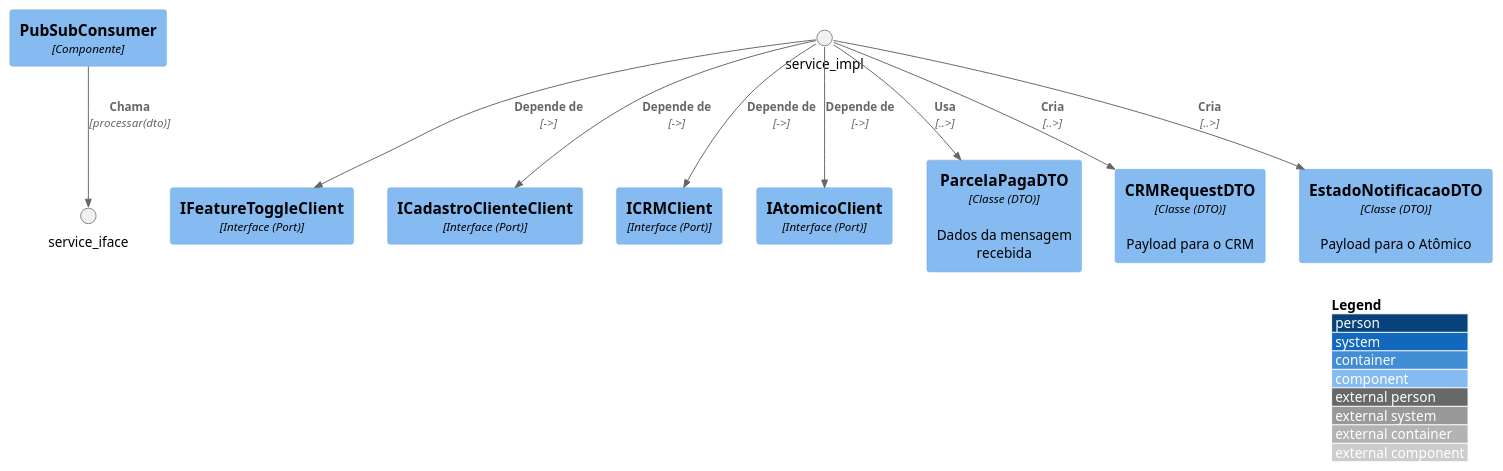
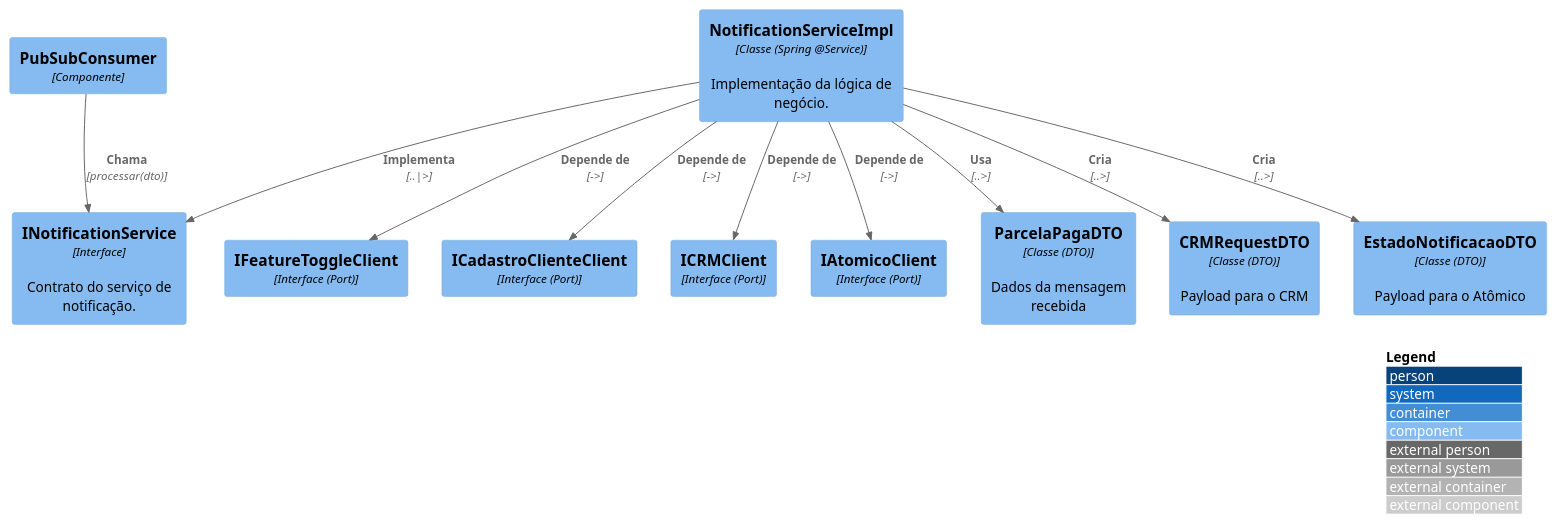
Before and after one commit to FabianoSilveira2017/desafio-final-api-clientes: the diagram in relatorio_c4_n4.puml, drawn with PlantUML. The commit also changed 1 other file, not shown here.

Commit message:
Correção diagrama nível 4

```diff
--- a/relatorio_c4_n4.puml
+++ b/relatorio_c4_n4.puml
@@ -1,35 +1,35 @@
 @startuml C4_Codigo_NotificationService
 !include https://raw.githubusercontent.com/plantuml-stdlib/C4-PlantUML/master/C4_Component.puml
 
 LAYOUT_WITH_LEGEND()
 
 ' Componentes/Classes Externas (outros componentes do L3)
 Component(consumer, "PubSubConsumer", "Componente")
 
 ' Interfaces (Portas) para os adaptadores externos
 Component(ft_port, "IFeatureToggleClient", "Interface (Port)")
 Component(cadastro_port, "ICadastroClienteClient", "Interface (Port)")
 Component(crm_port, "ICRMClient", "Interface (Port)")
 Component(atomico_port, "IAtomicoClient", "Interface (Port)")
 
 ' DTOs (Data Transfer Objects)
 Component(dto_in, "ParcelaPagaDTO", "Classe (DTO)", "Dados da mensagem recebida")
 Component(dto_out_crm, "CRMRequestDTO", "Classe (DTO)", "Payload para o CRM")
 Component(dto_out_atomico, "EstadoNotificacaoDTO", "Classe (DTO)", "Payload para o Atômico")
 
+' Componentes do Serviço
+Component(service_iface, "INotificationService", "Interface", "Contrato do serviço de notificação.")
+Component(service_impl, "NotificationServiceImpl", "Classe (Spring @Service)", "Implementação da lógica de negócio.")
+
 ' Relações
-' O Consumer depende da Interface do Serviço
+Rel(service_impl, service_iface, "Implementa", "..|>")
 Rel(consumer, service_iface, "Chama", "processar(dto)")
-
-' A Implementação do Serviço depende das Interfaces (Portas)
 Rel(service_impl, ft_port, "Depende de", "->")
 Rel(service_impl, cadastro_port, "Depende de", "->")
 Rel(service_impl, crm_port, "Depende de", "->")
 Rel(service_impl, atomico_port, "Depende de", "->")
-
-' A Implementação do Serviço usa os DTOs
 Rel(service_impl, dto_in, "Usa", "..>")
 Rel(service_impl, dto_out_crm, "Cria", "..>")
 Rel(service_impl, dto_out_atomico, "Cria", "..>")
 
 @enduml
```
